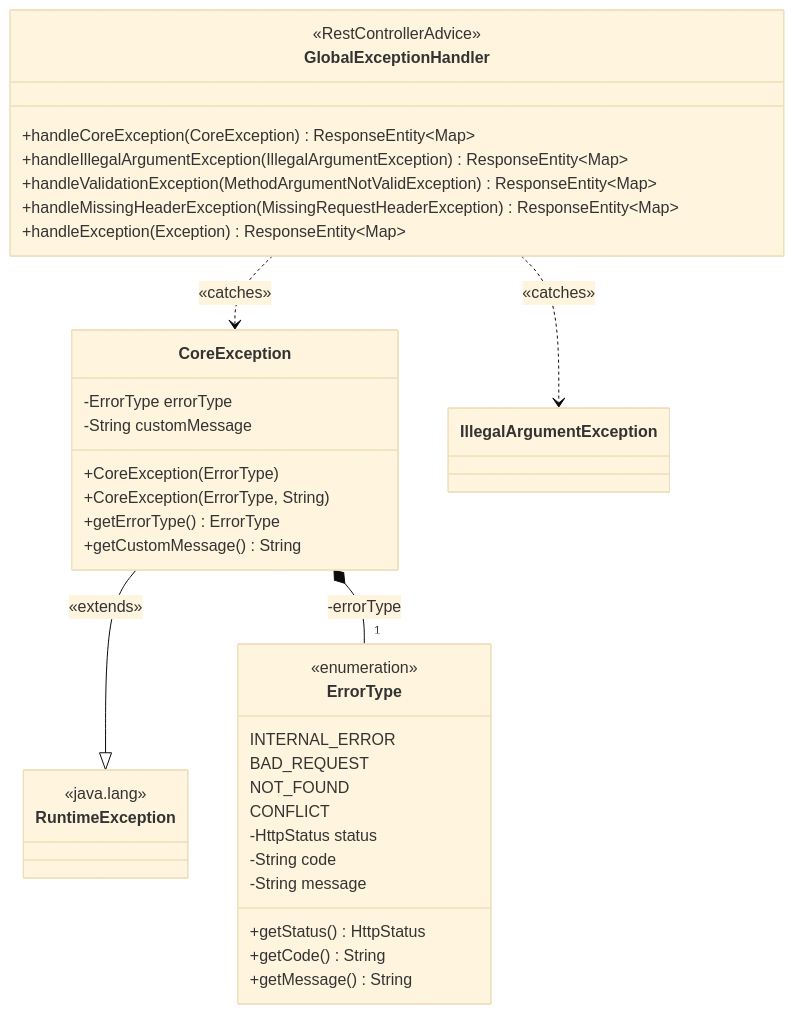
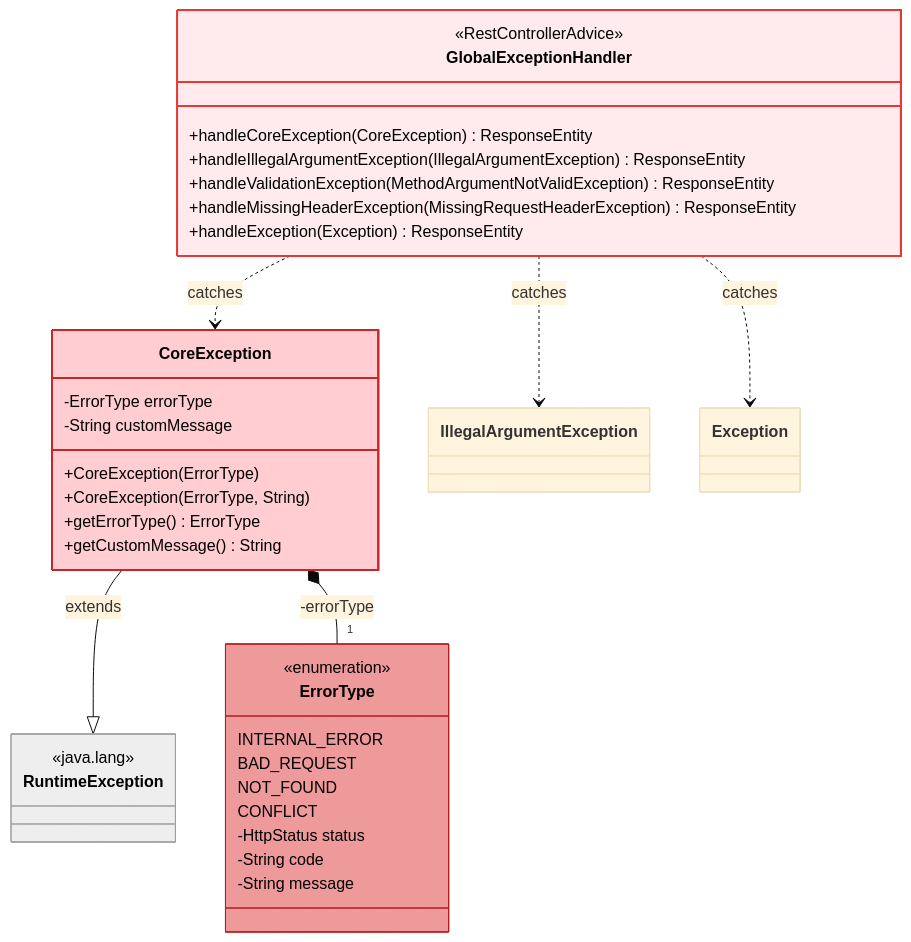
One commit to ukukdin/loop-pack-be-l2-vol3-java changed the sixth of 6 diagrams in .docs/design/03-class-diagram.md. Above: the diagram before and after it, drawn with Mermaid (base theme). The commit also changed other lines of this file and 1 other file, not shown here.

Commit message:
⏺ refactor: class-diagram 수정

````diff
--- a/.docs/design/03-class-diagram.md
+++ b/.docs/design/03-class-diagram.md
@@ -535,50 +581,51 @@
 ```mermaid
 classDiagram
     direction TB
 
     class GlobalExceptionHandler {
         <<RestControllerAdvice>>
-        +handleCoreException(CoreException) ResponseEntity~Map~
-        +handleIllegalArgumentException(IllegalArgumentException) ResponseEntity~Map~
-        +handleValidationException(MethodArgumentNotValidException) ResponseEntity~Map~
-        +handleMissingHeaderException(MissingRequestHeaderException) ResponseEntity~Map~
-        +handleException(Exception) ResponseEntity~Map~
+        +handleCoreException(CoreException) ResponseEntity
+        +handleIllegalArgumentException(IllegalArgumentException) ResponseEntity
+        +handleValidationException(MethodArgumentNotValidException) ResponseEntity
+        +handleMissingHeaderException(MissingRequestHeaderException) ResponseEntity
+        +handleException(Exception) ResponseEntity
     }
-
     class CoreException {
         -ErrorType errorType
         -String customMessage
         +CoreException(ErrorType)
         +CoreException(ErrorType, String)
         +getErrorType() ErrorType
         +getCustomMessage() String
     }
-
-    class RuntimeException {
-        <<java.lang>>
-    }
-
     class ErrorType {
         <<enumeration>>
         INTERNAL_ERROR
         BAD_REQUEST
         NOT_FOUND
         CONFLICT
         -HttpStatus status
         -String code
         -String message
-        +getStatus() HttpStatus
-        +getCode() String
-        +getMessage() String
+    }
+    class RuntimeException {
+        <<java.lang>>
     }
 
     %% 일반화 (Generalization)
-    CoreException --|> RuntimeException : «extends»
+    CoreException --|> RuntimeException : extends
 
-    %% 합성 (Composition) - ErrorType은 CoreException에 종속
+    %% 합성 (Composition)
     CoreException *-- "1" ErrorType : -errorType
 
     %% 의존 (Dependency) - 예외 핸들링
-    GlobalExceptionHandler ..> CoreException : «catches»
-    GlobalExceptionHandler ..> IllegalArgumentException : «catches»
+    GlobalExceptionHandler ..> CoreException : catches
+    GlobalExceptionHandler ..> IllegalArgumentException : catches
+    GlobalExceptionHandler ..> Exception : catches
+
+    %% Styling
+    style GlobalExceptionHandler fill:#ffebee,stroke:#e53935,stroke-width:2px,color:#000
+    style CoreException fill:#ffcdd2,stroke:#c62828,stroke-width:2px,color:#000
+    style ErrorType fill:#ef9a9a,stroke:#b71c1c,stroke-width:1px,color:#000
+    style RuntimeException fill:#eeeeee,stroke:#9e9e9e,stroke-width:1px,color:#000
 ```
````
